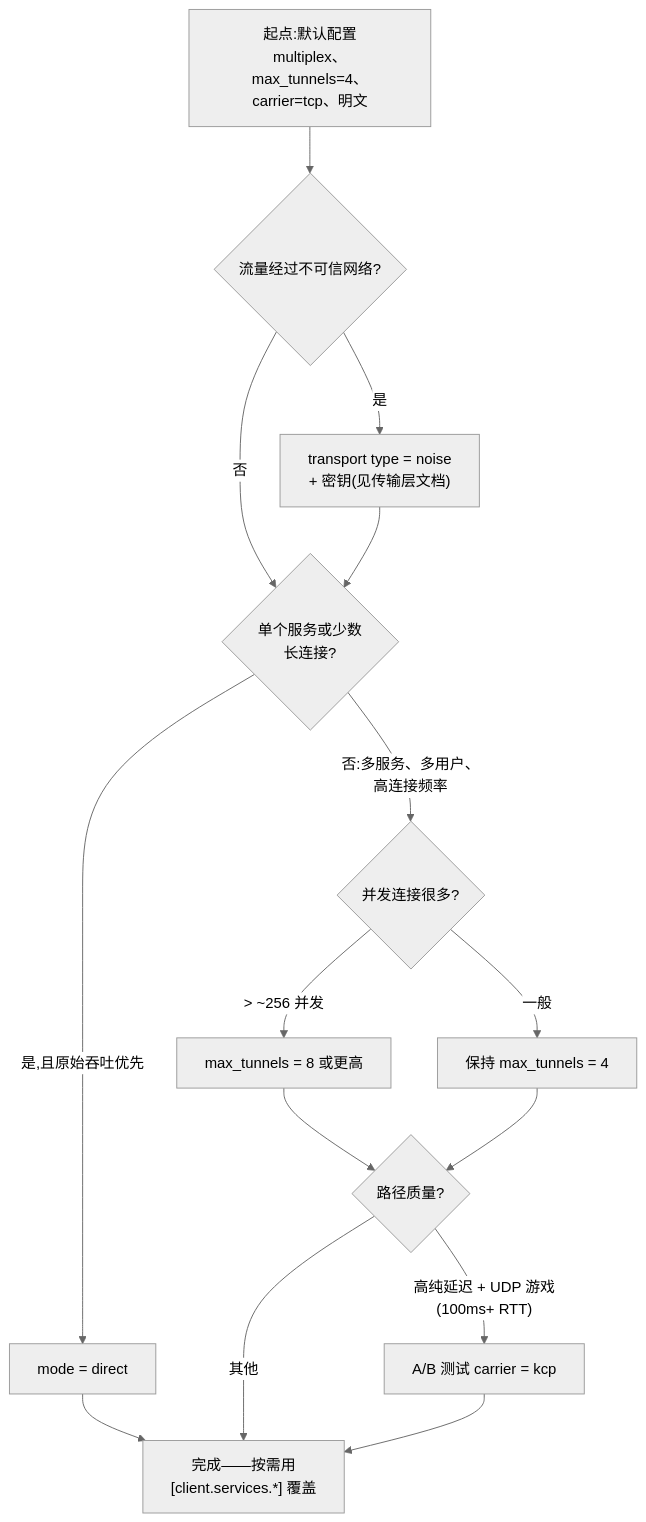
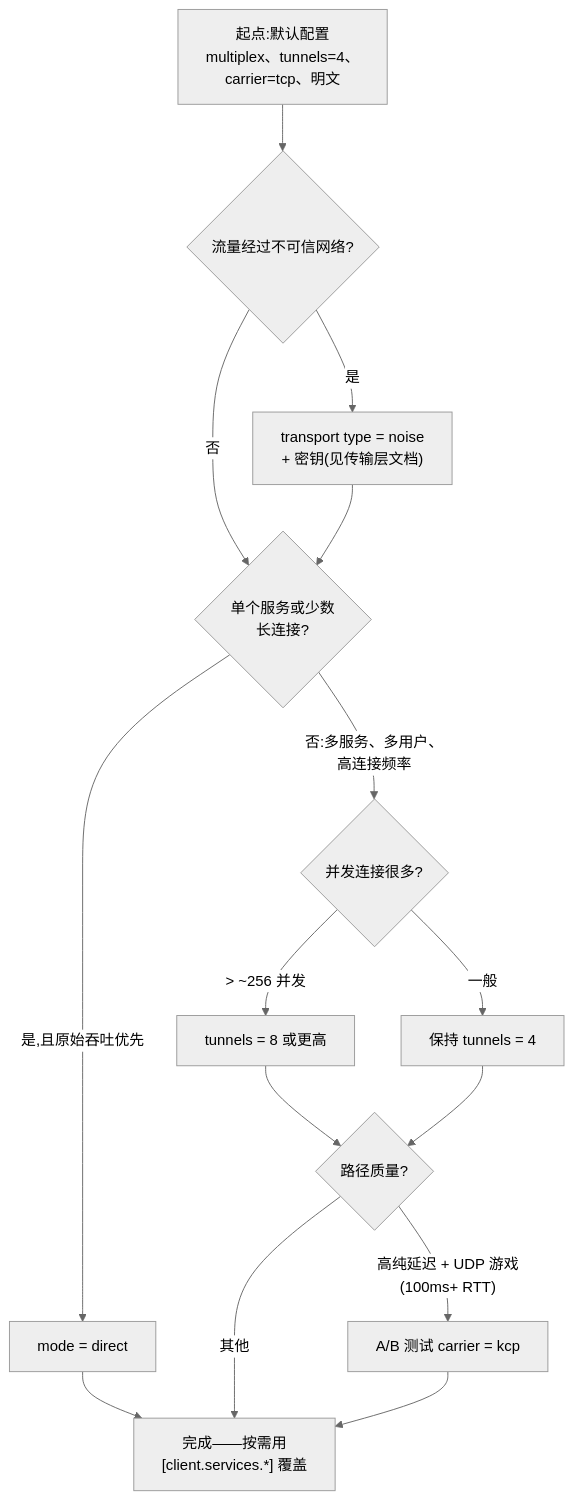
The diagram in docs/configuration.zh.md (NIyueeE/molehill), drawn with Mermaid (neutral theme) before and after one commit. The commit also changed other lines of this file and 32 other files, not shown here.

````diff
--- a/docs/configuration.zh.md
+++ b/docs/configuration.zh.md
@@ -134,17 +134,17 @@
 ```mermaid
 flowchart TD
-    A["起点:默认配置<br/>multiplex、max_tunnels=4、<br/>carrier=tcp、明文"] --> B{"流量经过不可信网络?"}
+    A["起点:默认配置<br/>multiplex、tunnels=4、<br/>carrier=tcp、明文"] --> B{"流量经过不可信网络?"}
     B -- 是 --> C["transport type = noise<br/>+ 密钥(见传输层文档)"]
     B -- 否 --> D{"单个服务或少数<br/>长连接?"}
     C --> D
     D -- "是,且原始吞吐优先" --> E["mode = direct"]
     D -- "否:多服务、多用户、<br/>高连接频率" --> F{"并发连接很多?"}
     E --> Z["完成——按需用<br/>[client.services.*] 覆盖"]
-    F -- "> ~256 并发" --> G["max_tunnels = 8 或更高"]
-    F -- 一般 --> H["保持 max_tunnels = 4"]
+    F -- "> ~256 并发" --> G["tunnels = 8 或更高"]
+    F -- 一般 --> H["保持 tunnels = 4"]
     G --> I{"路径质量?"}
     H --> I
     I -- "高纯延迟 + UDP 游戏<br/>(100ms+ RTT)" --> J["A/B 测试 carrier = kcp"]
     I -- 其他 --> Z
     J --> Z
 ```
````
